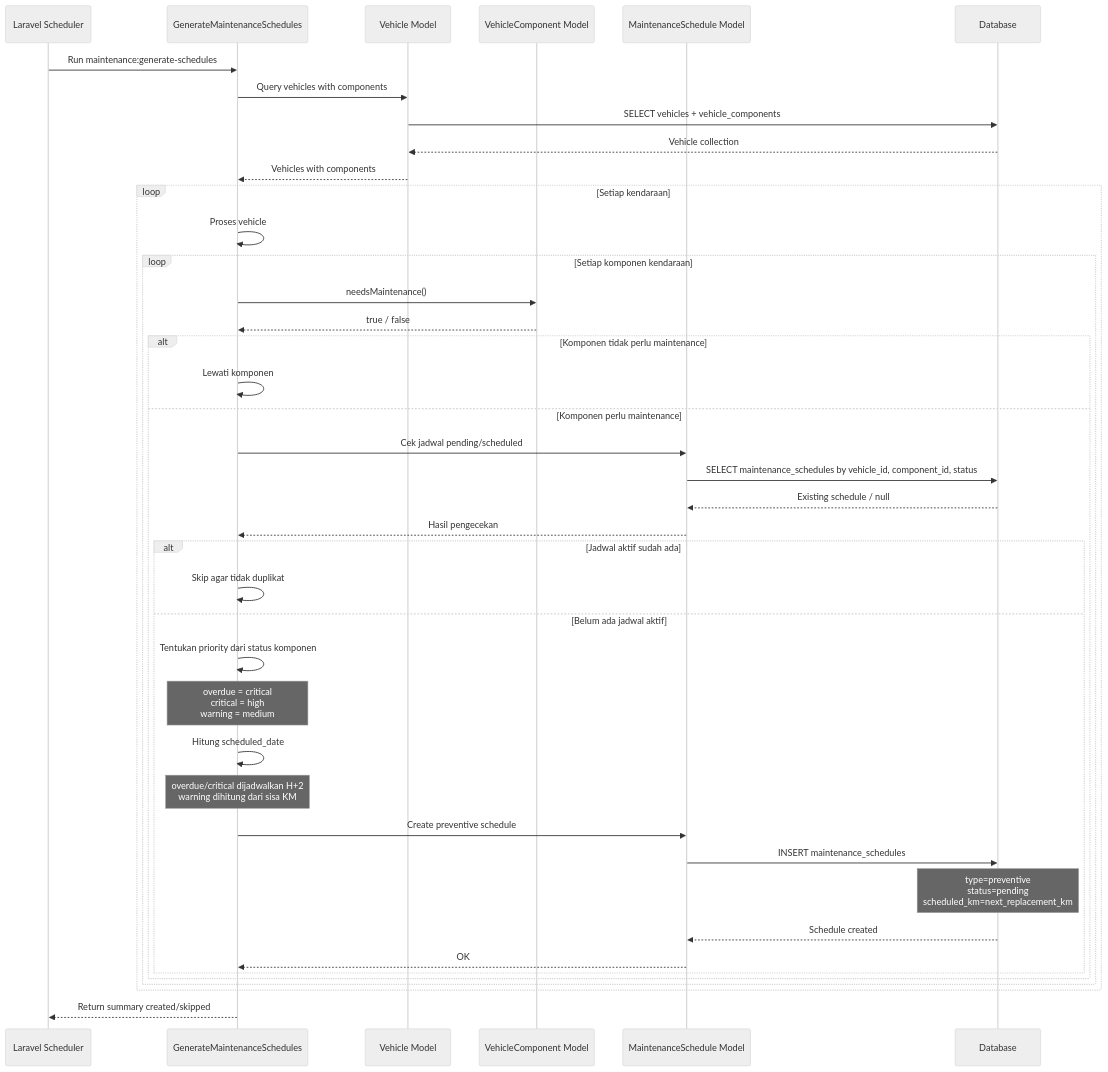
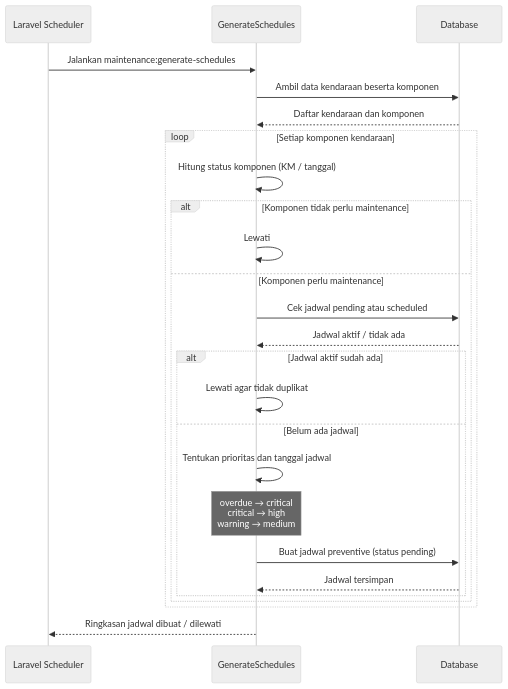
One commit to rohandev19/Absen-Driver changed the first of 3 diagrams in docs/sequence_diagram_maintenance_preventive.md. Above: the diagram before and after it, drawn with Mermaid (neutral theme). The commit also changed other lines of this file and 43 other files, not shown here.

````diff
--- a/docs/sequence_diagram_maintenance_preventive.md
+++ b/docs/sequence_diagram_maintenance_preventive.md
@@ -9,51 +9,32 @@
 ```mermaid
 sequenceDiagram
     participant Scheduler as Laravel Scheduler
-    participant Command as GenerateMaintenanceSchedules
-    participant Vehicle as Vehicle Model
-    participant Component as VehicleComponent Model
-    participant Schedule as MaintenanceSchedule Model
+    participant Command as GenerateSchedules
     participant DB as Database
 
-    Scheduler->>Command: Run maintenance:generate-schedules
-    Command->>Vehicle: Query vehicles with components
-    Vehicle->>DB: SELECT vehicles + vehicle_components
-    DB-->>Vehicle: Vehicle collection
-    Vehicle-->>Command: Vehicles with components
+    Scheduler->>Command: Jalankan maintenance:generate-schedules
+    Command->>DB: Ambil data kendaraan beserta komponen
+    DB-->>Command: Daftar kendaraan dan komponen
 
-    loop Setiap kendaraan
-        Command->>Command: Proses vehicle
+    loop Setiap komponen kendaraan
+        Command->>Command: Hitung status komponen (KM / tanggal)
 
-        loop Setiap komponen kendaraan
-            Command->>Component: needsMaintenance()
-            Component-->>Command: true / false
+        alt Komponen tidak perlu maintenance
+            Command->>Command: Lewati
+        else Komponen perlu maintenance
+            Command->>DB: Cek jadwal pending atau scheduled
+            DB-->>Command: Jadwal aktif / tidak ada
 
-            alt Komponen tidak perlu maintenance
-                Command->>Command: Lewati komponen
-            else Komponen perlu maintenance
-                Command->>Schedule: Cek jadwal pending/scheduled
-                Schedule->>DB: SELECT maintenance_schedules by vehicle_id, component_id, status
-                DB-->>Schedule: Existing schedule / null
-                Schedule-->>Command: Hasil pengecekan
-
-                alt Jadwal aktif sudah ada
-                    Command->>Command: Skip agar tidak duplikat
-                else Belum ada jadwal aktif
-                    Command->>Command: Tentukan priority dari status komponen
-                    Note over Command: overdue = critical<br/>critical = high<br/>warning = medium
-
-                    Command->>Command: Hitung scheduled_date
-                    Note over Command: overdue/critical dijadwalkan H+2<br/>warning dihitung dari sisa KM
-
-                    Command->>Schedule: Create preventive schedule
-                    Schedule->>DB: INSERT maintenance_schedules
-                    Note over DB: type=preventive<br/>status=pending<br/>scheduled_km=next_replacement_km
-                    DB-->>Schedule: Schedule created
-                    Schedule-->>Command: OK
-                end
+            alt Jadwal aktif sudah ada
+                Command->>Command: Lewati agar tidak duplikat
+            else Belum ada jadwal
+                Command->>Command: Tentukan prioritas dan tanggal jadwal
+                Note over Command: overdue → critical<br/>critical → high<br/>warning → medium
+                Command->>DB: Buat jadwal preventive (status pending)
+                DB-->>Command: Jadwal tersimpan
             end
         end
     end
 
-    Command-->>Scheduler: Return summary created/skipped
+    Command-->>Scheduler: Ringkasan jadwal dibuat / dilewati
 ```
````
